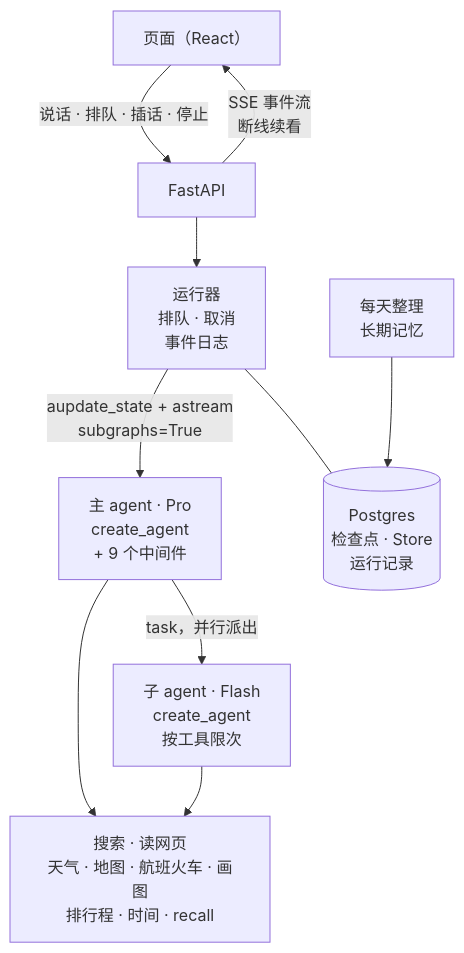
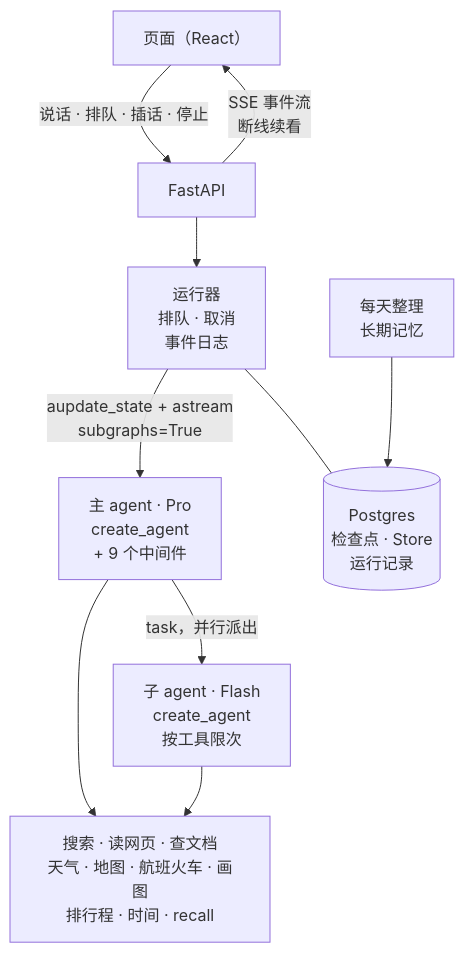
One commit to HyxiaoGe/LingDraft changed the diagram in README.md. Above: the diagram before and after it, drawn with Mermaid. The commit also changed other lines of this file and 17 other files, not shown here.

````diff
--- a/README.md
+++ b/README.md
@@ -11,12 +11,12 @@
 ```mermaid
 flowchart TB
     UI["页面（React）"] -- "说话 · 排队 · 插话 · 停止" --> API["FastAPI"]
     API -- "SSE 事件流<br/>断线续看" --> UI
     API --> Runner["运行器<br/>排队 · 取消<br/>事件日志"]
     Runner -- "aupdate_state + astream<br/>subgraphs=True" --> Main["主 agent · Pro<br/>create_agent<br/>+ 9 个中间件"]
     Main -- "task，并行派出" --> Sub["子 agent · Flash<br/>create_agent<br/>按工具限次"]
-    Main --> Tools["搜索 · 读网页<br/>天气 · 地图 · 航班火车 · 画图<br/>排行程 · 时间 · recall"]
+    Main --> Tools["搜索 · 读网页 · 查文档<br/>天气 · 地图 · 航班火车 · 画图<br/>排行程 · 时间 · recall"]
     Sub --> Tools
     Runner --- PG[("Postgres<br/>检查点 · Store<br/>运行记录")]
     Dream["每天整理<br/>长期记忆"] --> PG
 ```
````
